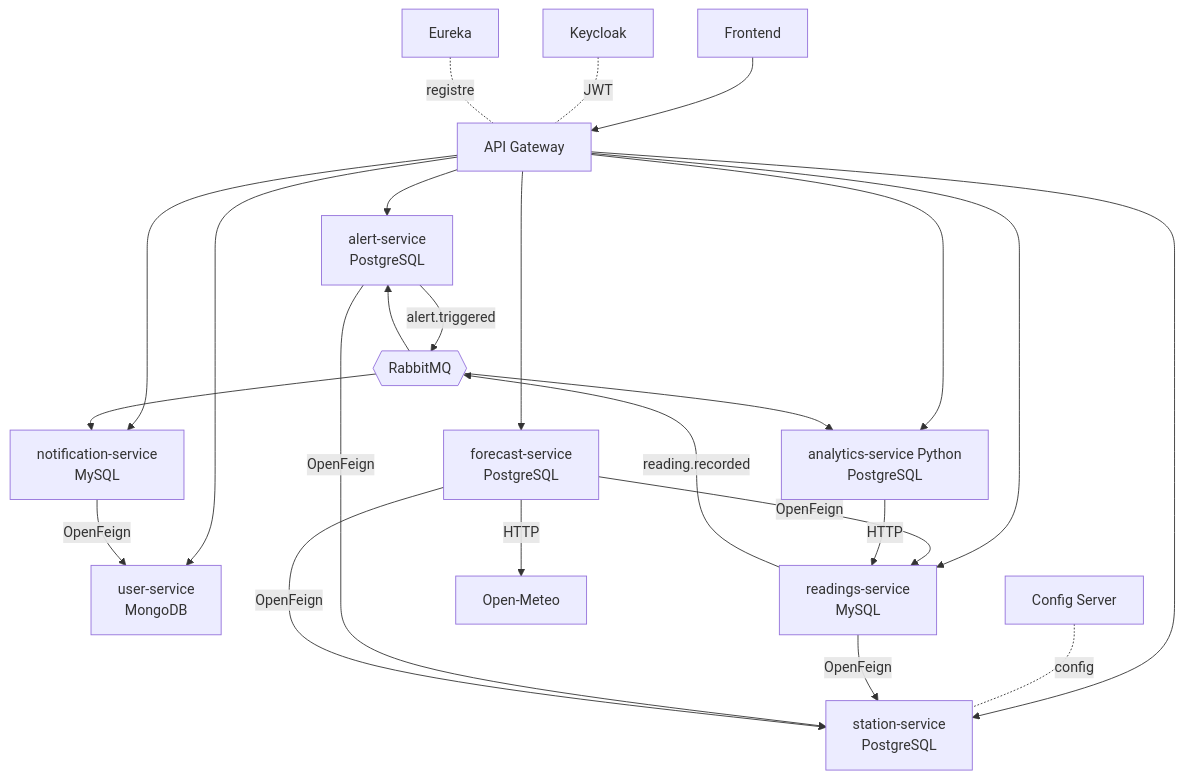
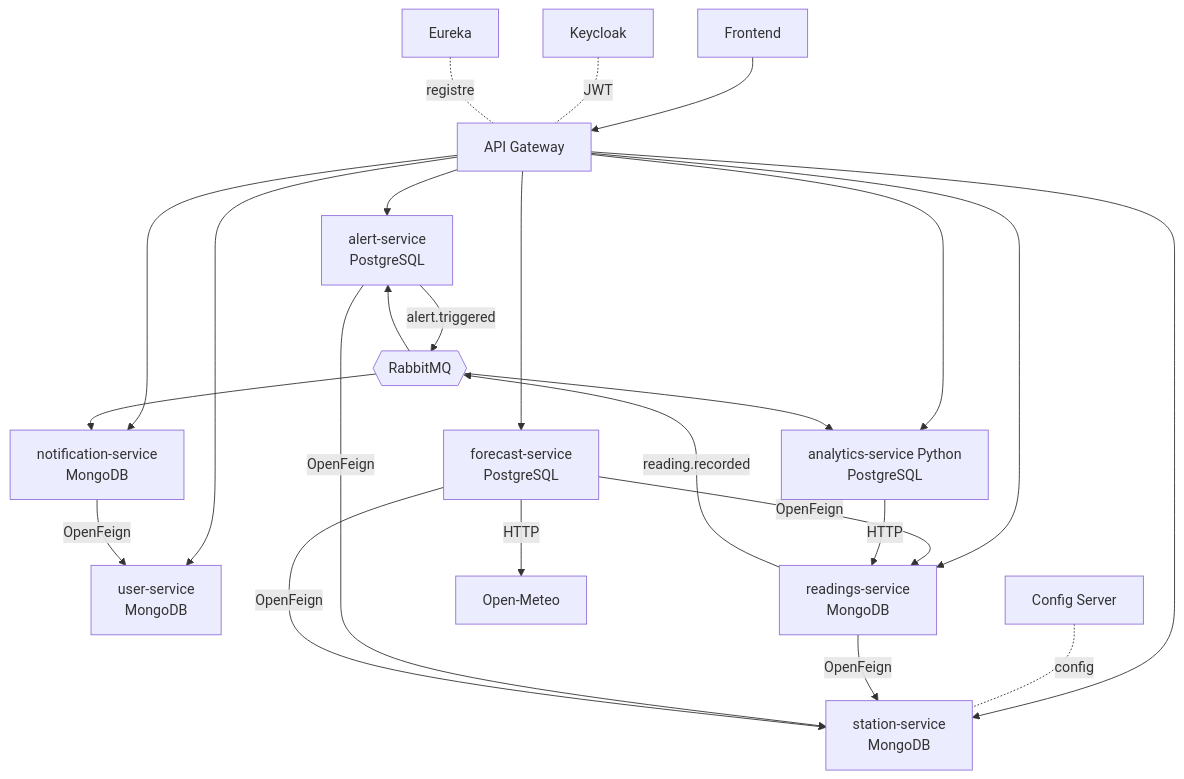
One commit to MohamedElkhouja/meteowatch-4SSA15-g3 changed the diagram in README.md. Above: the diagram before and after it, drawn with Mermaid. The commit also changed other lines of this file, not shown here.

First line of the commit message:
Change database from PostgreSQL/MySQL to MongoDB

````diff
--- a/README.md
+++ b/README.md
@@ -41,27 +41,27 @@
 ```mermaid
 flowchart TB
     FE[Frontend] --> GW[API Gateway]
     KC[Keycloak] -. JWT .- GW
-    GW --> ST[station-service<br/>PostgreSQL]
+    GW --> ST[station-service<br/>MongoDB]
     GW --> AL[alert-service<br/>PostgreSQL]
     GW --> US[user-service<br/>MongoDB]
-    GW --> RD[readings-service<br/>MySQL]
+    GW --> RD[readings-service<br/>MongoDB]
     GW --> FC[forecast-service<br/>PostgreSQL]
-    GW --> NO[notification-service<br/>MySQL]
+    GW --> NO[notification-service<br/>MongoDB]
     GW --> AN[analytics-service Python<br/>PostgreSQL]
     EU[Eureka] -. registre .- GW
     CF[Config Server] -. config .- ST
     MQ{{RabbitMQ}}
     RD -- reading.recorded --> MQ
     MQ --> AL
     MQ --> AN
     AL -- alert.triggered --> MQ
     MQ --> NO
     RD -- OpenFeign --> ST
     AL -- OpenFeign --> ST
     FC -- OpenFeign --> RD
     FC -- OpenFeign --> ST
     NO -- OpenFeign --> US
     AN -- HTTP --> RD
     FC -- HTTP --> OM[Open-Meteo]
 ```
````
